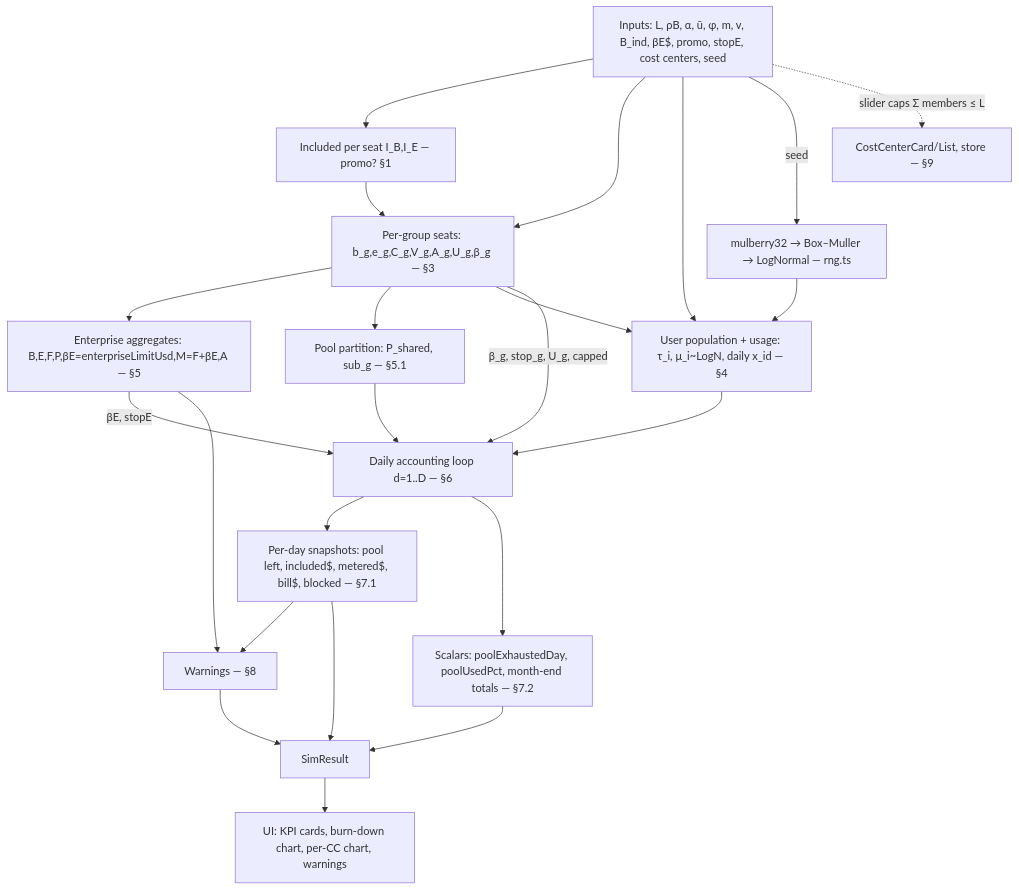
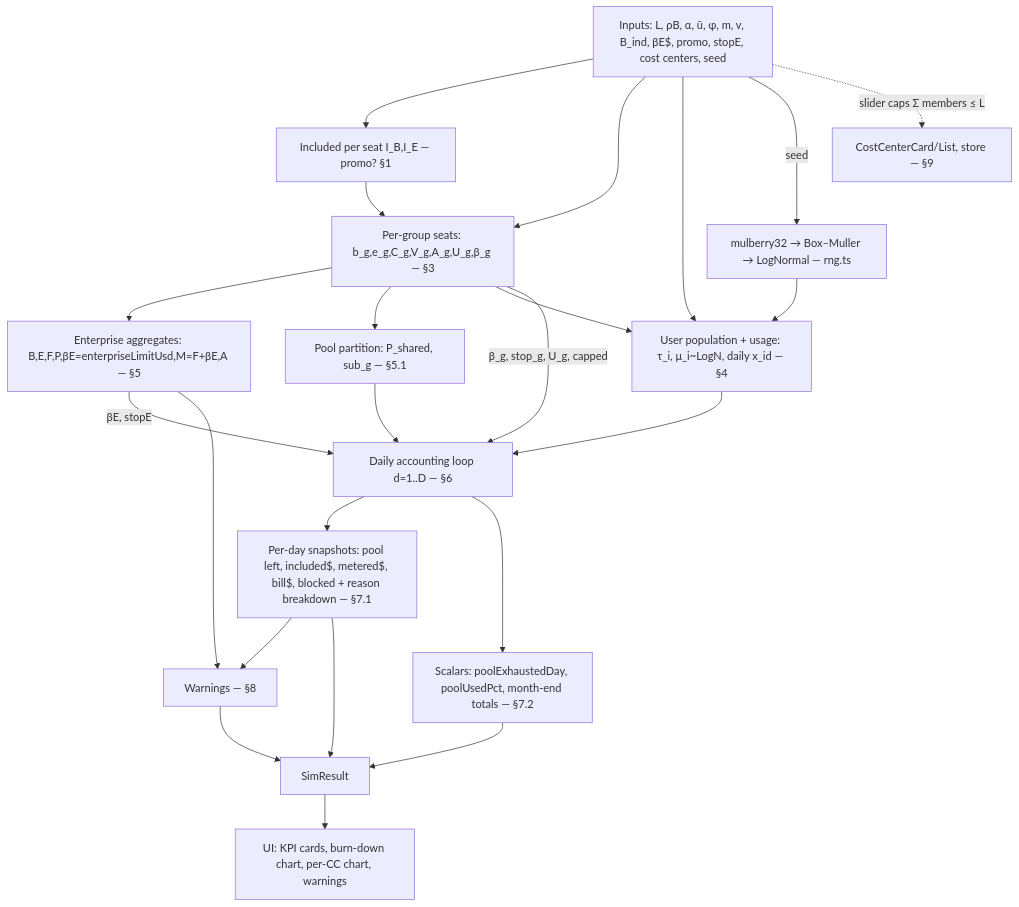
The diagram in docs/simulation-engine.md (webmaxru/finops-copilot), drawn with Mermaid before and after one commit. The commit also changed other lines of this file and 11 other files, not shown here.

First line of the commit message:
Add blocked-user reason breakdown (user limit / CC budget / enterprise budget)

````diff
--- a/docs/simulation-engine.md
+++ b/docs/simulation-engine.md
@@ -7,32 +7,32 @@
 ```mermaid
 graph TD
   IN[Inputs: L, ρB, α, ū, φ, m, v, B_ind, βE$, promo, stopE, cost centers, seed]
 
   IN --> INCL[Included per seat I_B,I_E — promo? §1]
   IN --> GRP[Per-group seats: b_g,e_g,C_g,V_g,A_g,U_g,β_g — §3]
   INCL --> GRP
 
   GRP --> AGG[Enterprise aggregates: B,E,F,P,βE=enterpriseLimitUsd,M=F+βE,A — §5]
   GRP --> POOL[Pool partition: P_shared, sub_g — §5.1]
 
   IN --> USERS[User population + usage: τ_i, μ_i~LogN, daily x_id — §4]
   GRP --> USERS
   IN -->|seed| RNG[mulberry32 → Box–Muller → LogNormal — rng.ts]
   RNG --> USERS
 
   USERS --> LOOP[Daily accounting loop d=1..D — §6]
   POOL --> LOOP
   AGG -->|βE, stopE| LOOP
   GRP -->|β_g, stop_g, U_g, capped| LOOP
 
-  LOOP --> SNAP[Per-day snapshots: pool left, included$, metered$, bill$, blocked — §7.1]
+  LOOP --> SNAP[Per-day snapshots: pool left, included$, metered$, bill$, blocked + reason breakdown — §7.1]
   LOOP --> SCAL[Scalars: poolExhaustedDay, poolUsedPct, month-end totals — §7.2]
   SNAP --> WARN[Warnings — §8]
   AGG --> WARN
   SNAP --> OUT[SimResult]
   SCAL --> OUT
   WARN --> OUT
 
   OUT --> UI[UI: KPI cards, burn-down chart, per-CC chart, warnings]
   IN -. slider caps Σ members ≤ L .-> UILIM[CostCenterCard/List, store — §9]
 ```
````
